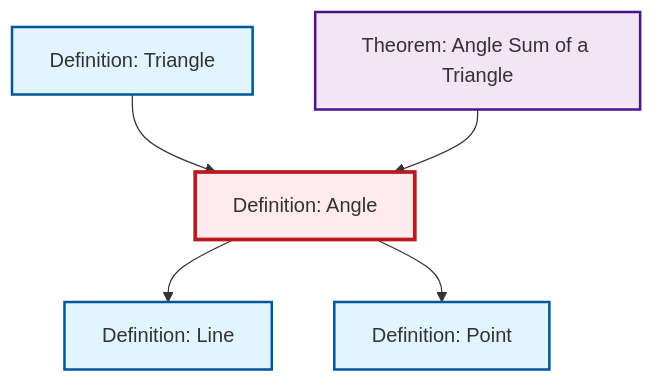
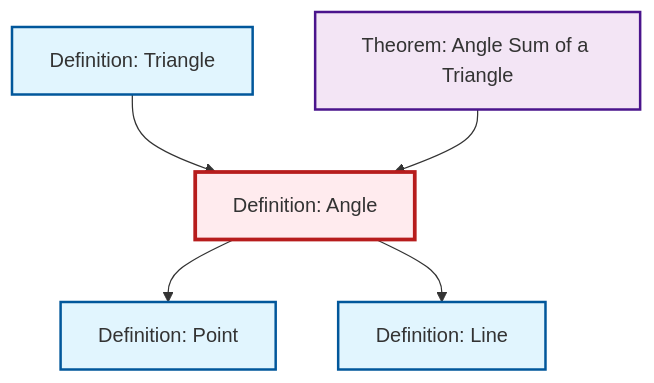
Before and after one commit to RK0429/ModernMath: the diagram in content/ja/geometry/def-angle.qmd, drawn with Mermaid. The commit also changed other lines of this file and 581 other files, not shown here.

````diff
--- a/content/ja/geometry/def-angle.qmd
+++ b/content/ja/geometry/def-angle.qmd
@@ -50,23 +50,23 @@
 ```{mermaid}
 %%| fig-cap: "Local dependency graph"
 graph TD
     classDef definition fill:#e1f5fe,stroke:#01579b,stroke-width:2px
     classDef theorem fill:#f3e5f5,stroke:#4a148c,stroke-width:2px
     classDef axiom fill:#fff3e0,stroke:#e65100,stroke-width:2px
     classDef example fill:#e8f5e9,stroke:#1b5e20,stroke-width:2px
     classDef current fill:#ffebee,stroke:#b71c1c,stroke-width:3px
+    def-point["Definition: Point"]:::definition
+    def-triangle["Definition: Triangle"]:::definition
     def-line["Definition: Line"]:::definition
-    def-triangle["Definition: Triangle"]:::definition
-    def-point["Definition: Point"]:::definition
     thm-angle-sum-triangle["Theorem: Angle Sum of a Triangle"]:::theorem
     def-angle["Definition: Angle"]:::definition
+    def-angle --> def-point
+    def-angle --> def-line
     def-triangle --> def-angle
-    def-angle --> def-line
     thm-angle-sum-triangle --> def-angle
-    def-angle --> def-point
     class def-angle current
+    click def-point "def-point.html" "Definition: Pointへ"
+    click def-triangle "def-triangle.html" "Definition: Triangleへ"
     click def-line "def-line.html" "Definition: Lineへ"
-    click def-triangle "def-triangle.html" "Definition: Triangleへ"
-    click def-point "def-point.html" "Definition: Pointへ"
     click thm-angle-sum-triangle "thm-angle-sum-triangle.html" "Theorem: Angle Sum of a Triangleへ"
 ```
````
